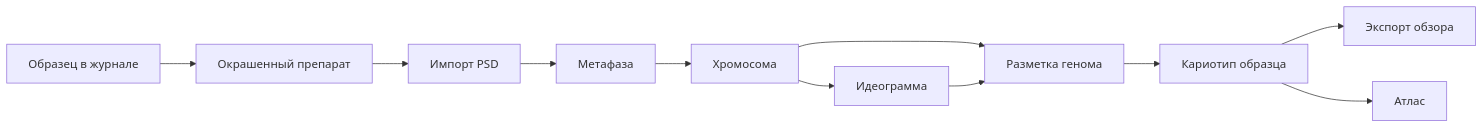
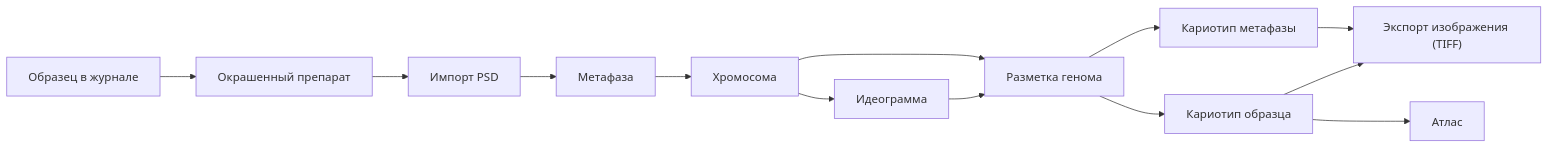
The diagram in docs/кариотип/README.md (Sycheslav/karyolab), drawn with Mermaid before and after one commit. The commit also changed other lines of this file and 174 other files, not shown here.

Commit message:
Remove unused canvas file, update graph scaling in configuration, and enhance documentation on karyotype and anomaly classifications. Introduce saved comparison feature for better data management and improve event handling in the workflow.

````diff
--- a/docs/кариотип/README.md
+++ b/docs/кариотип/README.md
@@ -29,13 +29,15 @@
 ```mermaid
 flowchart LR
     JournalSample["Образец в журнале"] --> StainedPreparation["Окрашенный препарат"]
     StainedPreparation --> PsdImport["Импорт PSD"]
     PsdImport --> Metaphase["Метафаза"]
     Metaphase --> ChromosomeObject["Хромосома"]
     ChromosomeObject --> Ideogram["Идеограмма"]
-    ChromosomeObject --> GenomeLayout["Разметка генома"]
+    ChromosomeObject -->     GenomeLayout["Разметка генома"]
     Ideogram --> GenomeLayout
+    GenomeLayout --> MetaphaseKaryotype["Кариотип метафазы"]
     GenomeLayout --> SampleKaryotype["Кариотип образца"]
-    SampleKaryotype --> OverviewExport["Экспорт обзора"]
+    MetaphaseKaryotype --> Export["Экспорт изображения (TIFF)"]
+    SampleKaryotype --> Export
     SampleKaryotype --> Atlas["Атлас"]
 ```
````
